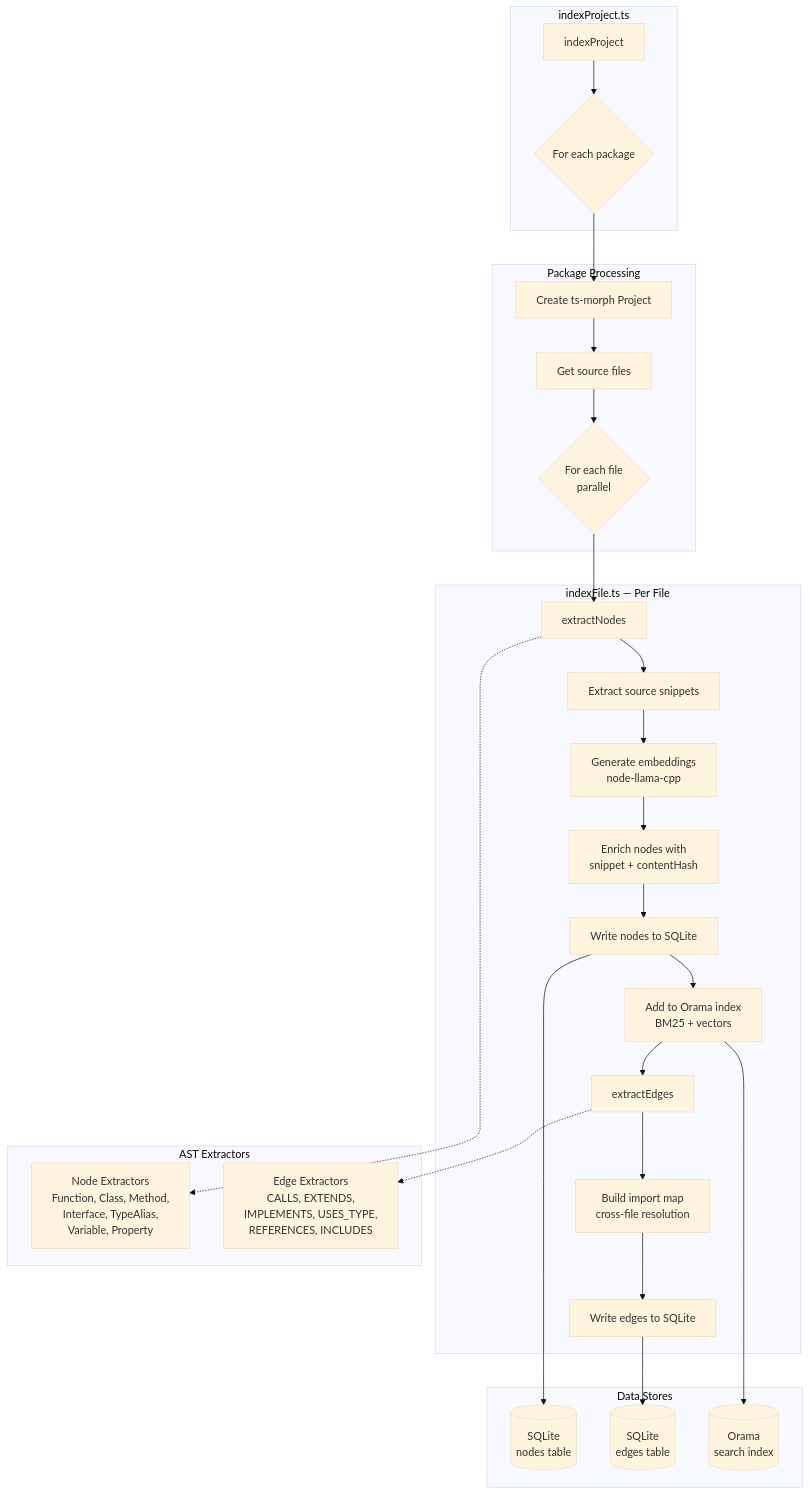
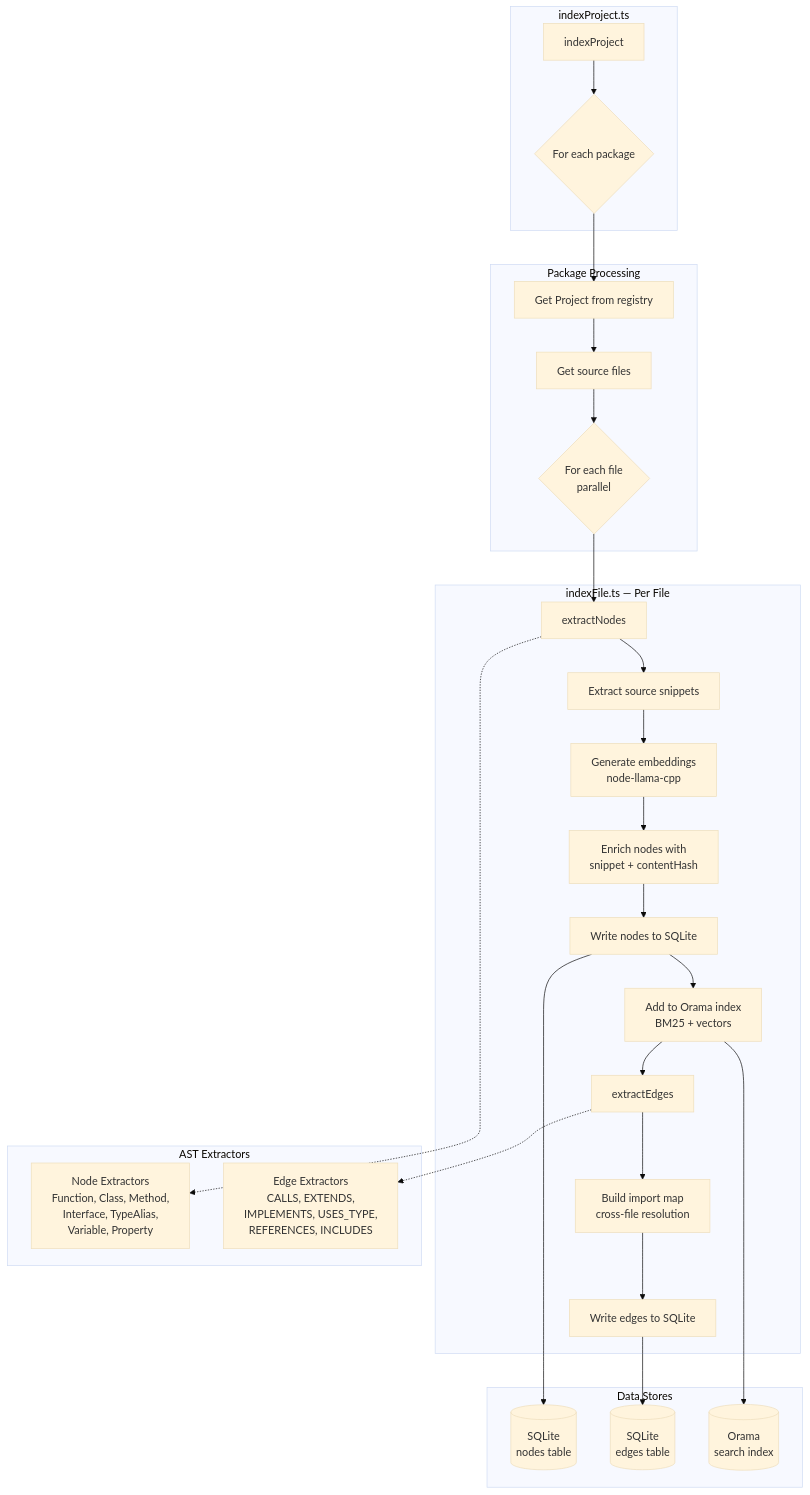
The second of 2 diagrams in ARCHITECTURE.md (couzic/ts-graph-mcp), drawn with Mermaid (base theme) before and after one commit. The commit also changed other lines of this file and 17 other files, not shown here.

````diff
--- a/ARCHITECTURE.md
+++ b/ARCHITECTURE.md
@@ -226,35 +226,35 @@
 ```mermaid
 flowchart TD
     subgraph Entry["indexProject.ts"]
         A[indexProject] --> B{For each package}
     end
 
     subgraph Package["Package Processing"]
-        B --> C[Create ts-morph Project]
+        B --> C[Get Project from registry]
         C --> D[Get source files]
         D --> E{For each file<br/>parallel}
     end
 
     subgraph File["indexFile.ts — Per File"]
         E --> F[extractNodes]
         F --> H[Extract source snippets]
         H --> I[Generate embeddings<br/>node-llama-cpp]
         I --> EN[Enrich nodes with<br/>snippet + contentHash]
         EN --> G[Write nodes to SQLite]
         G --> J[Add to Orama index<br/>BM25 + vectors]
         J --> O[extractEdges]
         O --> P[Build import map<br/>cross-file resolution]
         P --> Q[Write edges to SQLite]
     end
 
     subgraph Storage["Data Stores"]
         G --> DB[(SQLite<br/>nodes table)]
         Q --> DB2[(SQLite<br/>edges table)]
         J --> SI[(Orama<br/>search index)]
     end
 
     subgraph Extractors["AST Extractors"]
         F -.-> NE[Node Extractors<br/>Function, Class, Method,<br/>Interface, TypeAlias,<br/>Variable, Property]
         O -.-> EE[Edge Extractors<br/>CALLS, EXTENDS,<br/>IMPLEMENTS, USES_TYPE,<br/>REFERENCES, INCLUDES]
     end
 ```
````
